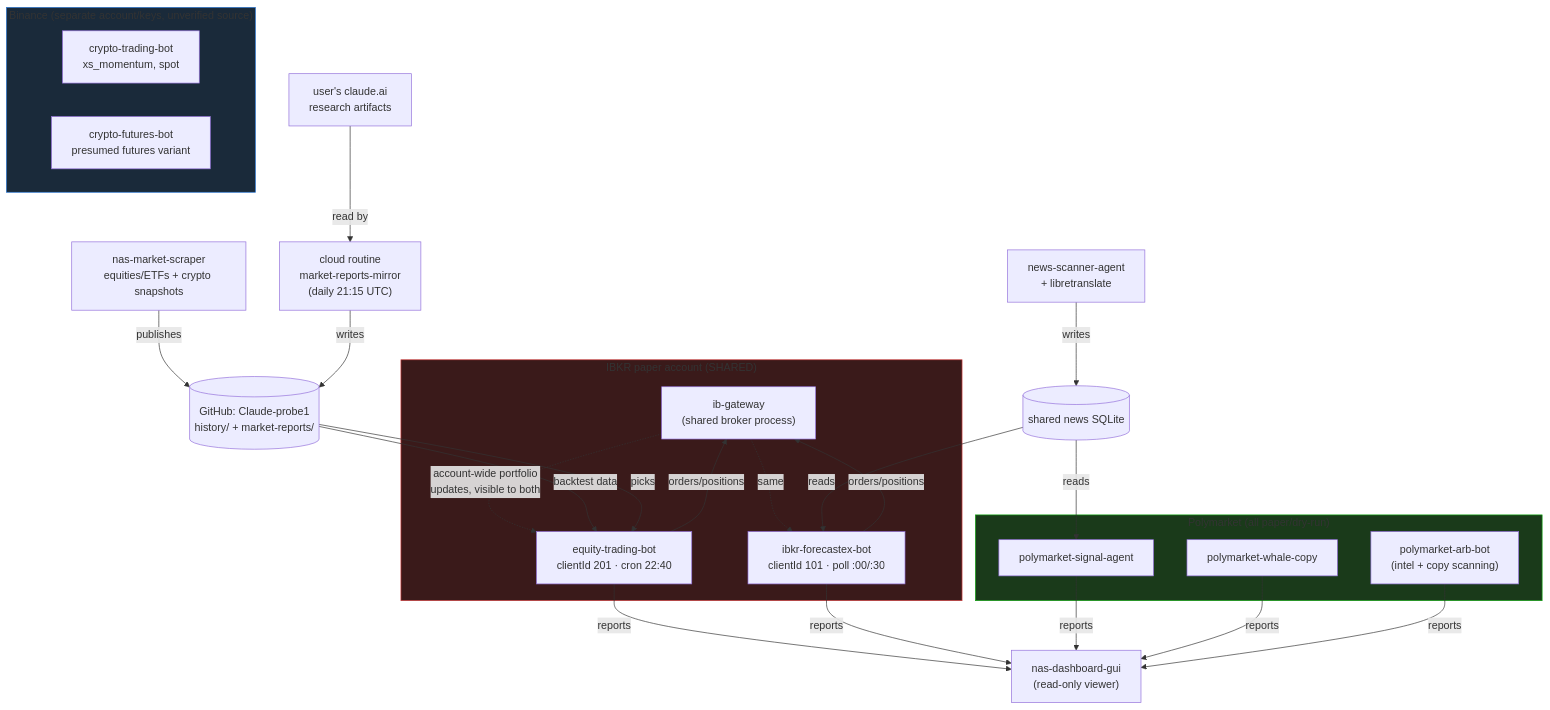
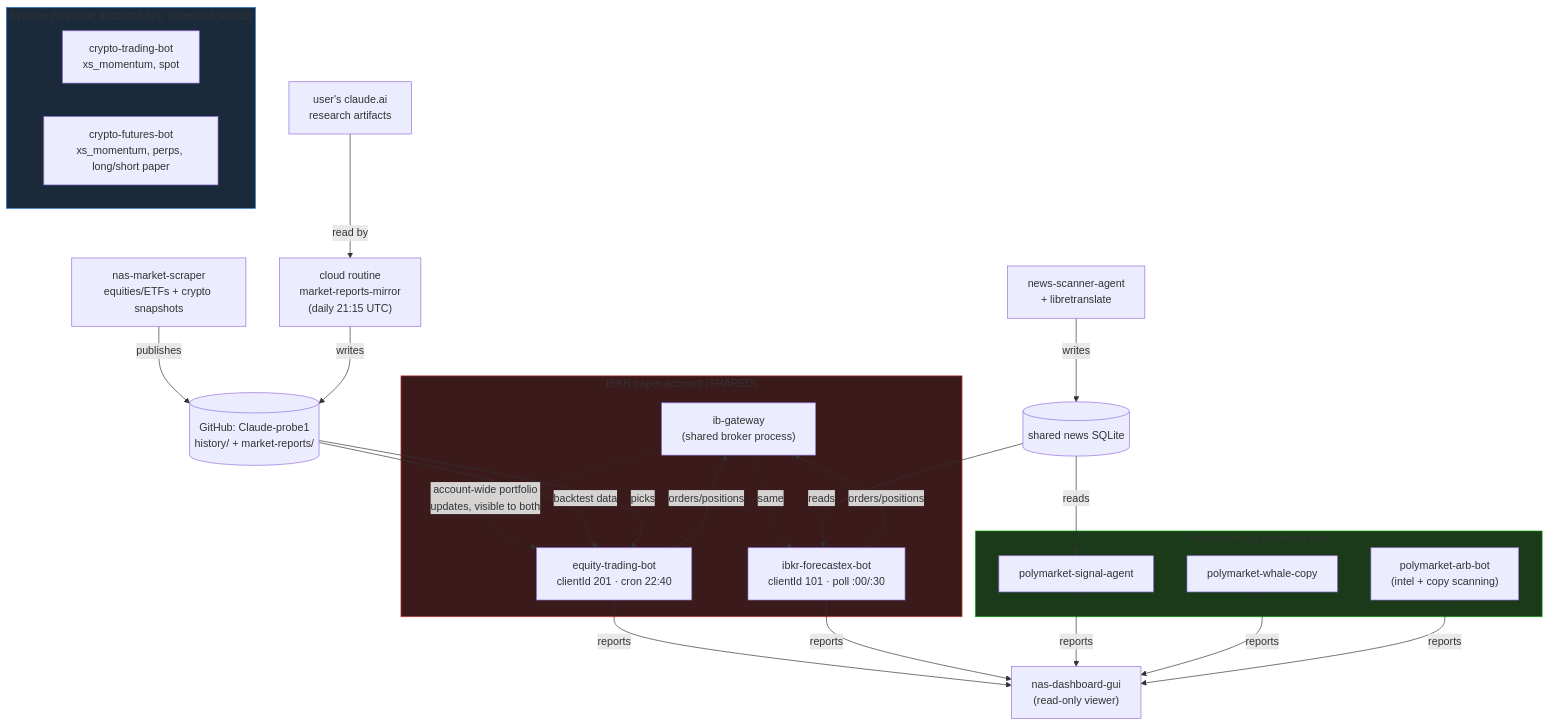
The diagram in ecosystem/TRADING-BOTS-ECOSYSTEM.md (HAL9000RELOADED/Claude-probe1), drawn with Mermaid before and after one commit. The commit also changed other lines of this file, not shown here.

First line of the commit message:
Correct crypto-bot source finding: it exists, just never pushed to GitHub

````diff
--- a/ecosystem/TRADING-BOTS-ECOSYSTEM.md
+++ b/ecosystem/TRADING-BOTS-ECOSYSTEM.md
@@ -134,51 +152,51 @@
 ```mermaid
 flowchart TB
     subgraph IBKR["IBKR paper account (SHARED)"]
         GW["ib-gateway<br/>(shared broker process)"]
         EQ["equity-trading-bot<br/>clientId 201 · cron 22:40"]
         FX["ibkr-forecastex-bot<br/>clientId 101 · poll :00/:30"]
         EQ -- orders/positions --> GW
         FX -- orders/positions --> GW
         GW -. "account-wide portfolio<br/>updates, visible to both" .-> EQ
         GW -. same .-> FX
     end
 
     subgraph CRYPTO["Binance (separate account/keys, unverified source)"]
         CTB["crypto-trading-bot<br/>xs_momentum, spot"]
-        CFB["crypto-futures-bot<br/>presumed futures variant"]
+        CFB["crypto-futures-bot<br/>xs_momentum, perps, long/short paper"]
     end
 
     subgraph POLY["Polymarket (all paper/dry-run)"]
         PSA["polymarket-signal-agent"]
         PWC["polymarket-whale-copy"]
         PAB["polymarket-arb-bot<br/>(intel + copy scanning)"]
     end
 
     SCRAPER["nas-market-scraper<br/>equities/ETFs + crypto snapshots"]
     GHARCHIVE[("GitHub: Claude-probe1<br/>history/ + market-reports/")]
     NEWS["news-scanner-agent<br/>+ libretranslate"]
     NEWSDB[("shared news SQLite")]
     DASH["nas-dashboard-gui<br/>(read-only viewer)"]
     ARTIFACT["user's claude.ai<br/>research artifacts"]
     ROUTINE["cloud routine<br/>market-reports-mirror<br/>(daily 21:15 UTC)"]
 
     SCRAPER -- publishes --> GHARCHIVE
     GHARCHIVE -- backtest data --> EQ
     ARTIFACT -- read by --> ROUTINE
     ROUTINE -- writes --> GHARCHIVE
     GHARCHIVE -- picks --> EQ
 
     NEWS -- writes --> NEWSDB
     NEWSDB -- reads --> PSA
     NEWSDB -- reads --> FX
 
     EQ -- reports --> DASH
     FX -- reports --> DASH
     PSA -- reports --> DASH
     PWC -- reports --> DASH
     PAB -- reports --> DASH
 
     style IBKR fill:#3a1a1a,stroke:#d03b3b
     style CRYPTO fill:#1a2a3a,stroke:#2a78d6
     style POLY fill:#1a3a1a,stroke:#0ca30c
 ```
````
